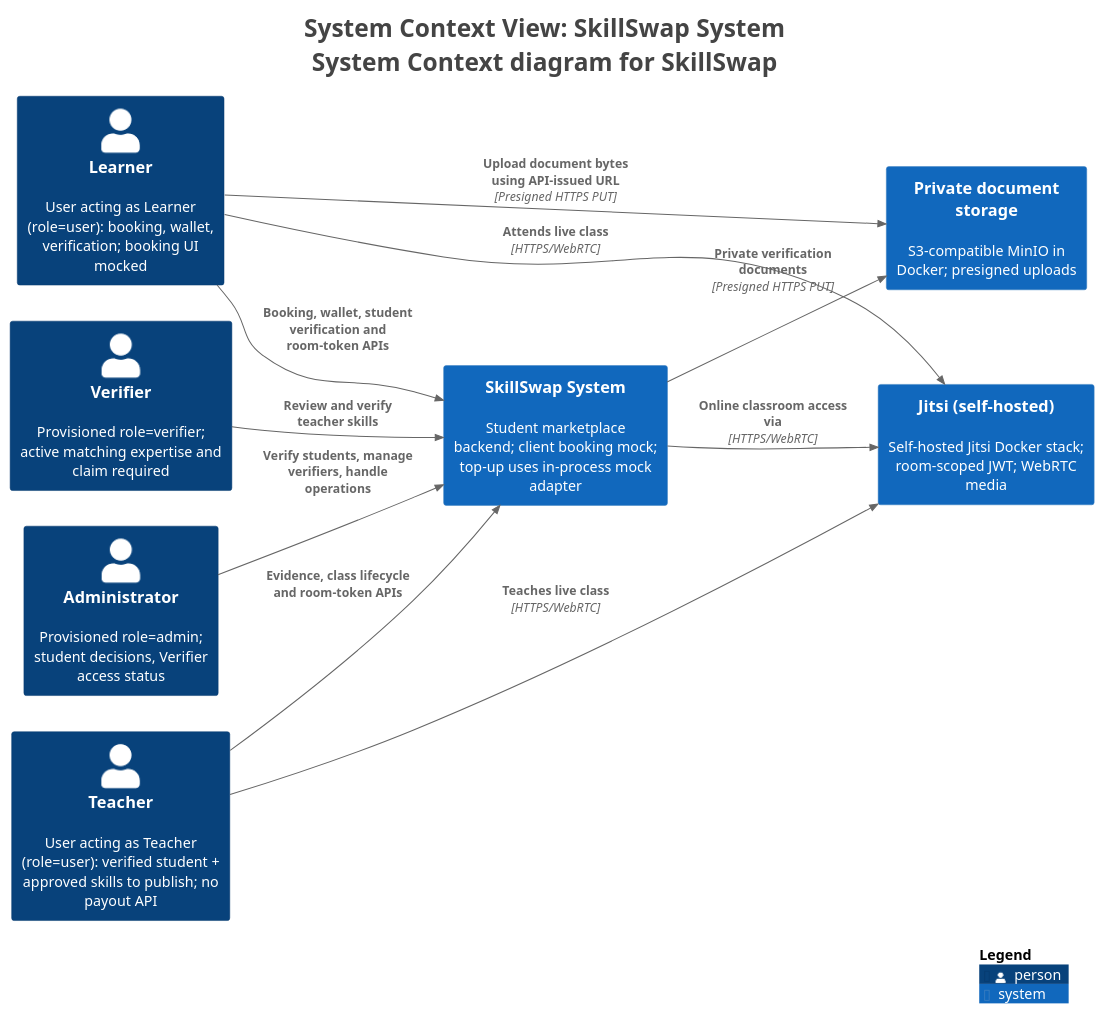
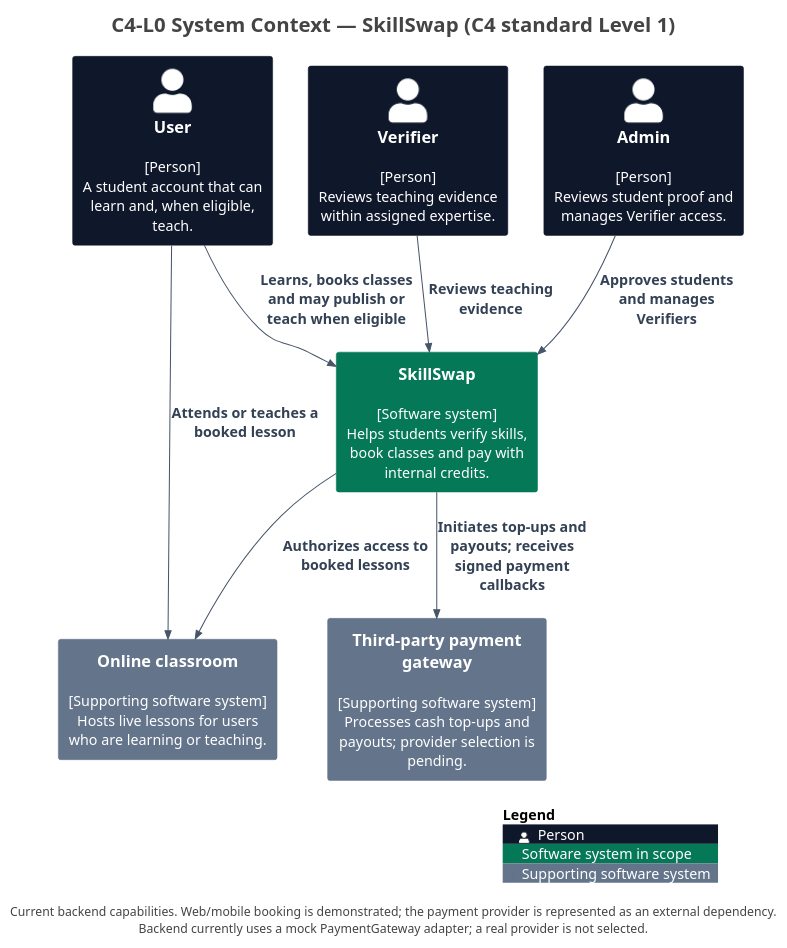
The diagram in docs/diagrams/c4/source/structurizr-SystemContext.puml (trankien022/SkillSwap), drawn with PlantUML before and after one commit. The commit also changed 62 other files, not shown here.

First line of the commit message:
docs(diagrams): refresh diagrams against current code (#77)

```diff
--- a/docs/diagrams/c4/source/structurizr-SystemContext.puml
+++ b/docs/diagrams/c4/source/structurizr-SystemContext.puml
@@ -1,37 +1,51 @@
 @startuml
-title <size:24>System Context View: SkillSwap System</size>\n<size:24>System Context diagram for SkillSwap</size>
+title C4-L0 System Context — SkillSwap (C4 standard Level 1)
 
 set separator none
-left to right direction
+top to bottom direction
 
 <style>
   root {
     BackgroundColor: #ffffff
     FontColor: #444444
   }
 </style>
 
 !include <C4/C4>
 !include <C4/C4_Context>
 
-Person(Learner, "Learner", $descr="User acting as Learner (role=user): booking, wallet, verification; booking UI mocked", $tags="", $link="")
-System(Privatedocumentstorage, "Private document storage", $descr="S3-compatible MinIO in Docker; presigned uploads", $tags="", $link="")
-System(Jitsiselfhosted, "Jitsi (self-hosted)", $descr="Self-hosted Jitsi Docker stack; room-scoped JWT; WebRTC media", $tags="", $link="")
-Person(Teacher, "Teacher", $descr="User acting as Teacher (role=user): verified student + approved skills to publish; no payout API", $tags="", $link="")
-Person(Verifier, "Verifier", $descr="Provisioned role=verifier; active matching expertise and claim required", $tags="", $link="")
-Person(Administrator, "Administrator", $descr="Provisioned role=admin; student decisions, Verifier access status", $tags="", $link="")
-System(SkillSwapSystem, "SkillSwap System", $descr="Student marketplace backend; client booking mock; top-up uses in-process mock adapter", $tags="", $link="")
+' Presentation only: model elements and relationships come from workspace.dsl.
+skinparam defaultFontName Arial
+skinparam defaultFontSize 14
+skinparam shadowing false
+skinparam nodesep 35
+skinparam ranksep 45
+skinparam footerFontSize 12
+skinparam titleFontSize 20
+UpdateElementStyle("person", $bgColor="#0F172A", $fontColor="#FFFFFF", $borderColor="#0F172A", $legendText="Person")
+UpdateElementStyle("system", $bgColor="#047857", $fontColor="#FFFFFF", $borderColor="#047857", $legendText="Software system in scope")
+UpdateElementStyle("external_system", $bgColor="#64748B", $fontColor="#FFFFFF", $borderColor="#64748B", $legendText="Supporting software system")
+UpdateElementStyle("container", $bgColor="#047857", $fontColor="#FFFFFF", $borderColor="#047857", $legendText="Application or data store")
+UpdateRelStyle($lineColor="#475569", $textColor="#334155")
+AddElementTag("Demo", $bgColor="#F1F5F9", $fontColor="#0F172A", $borderColor="#64748B", $legendText="Demonstration client (local booking data)")
 
-Rel(Learner, SkillSwapSystem, "Booking, wallet, student verification and room-token APIs", $techn="", $tags="", $link="")
-Rel(Teacher, SkillSwapSystem, "Evidence, class lifecycle and room-token APIs", $techn="", $tags="", $link="")
-Rel(Verifier, SkillSwapSystem, "Review and verify teacher skills", $techn="", $tags="", $link="")
-Rel(Administrator, SkillSwapSystem, "Verify students, manage verifiers, handle operations", $techn="", $tags="", $link="")
-Rel(Learner, Privatedocumentstorage, "Upload document bytes using API-issued URL", $techn="Presigned HTTPS PUT", $tags="", $link="")
-Rel(Teacher, Jitsiselfhosted, "Teaches live class", $techn="HTTPS/WebRTC", $tags="", $link="")
-Rel(Learner, Jitsiselfhosted, "Attends live class", $techn="HTTPS/WebRTC", $tags="", $link="")
-Rel(SkillSwapSystem, Jitsiselfhosted, "Online classroom access via", $techn="HTTPS/WebRTC", $tags="", $link="")
-Rel(SkillSwapSystem, Privatedocumentstorage, "Private verification documents", $techn="Presigned HTTPS PUT", $tags="", $link="")
+together {
+  Person(User, "User", $descr="[Person]\nA student account that can learn and, when eligible, teach.", $tags="", $link="")
+  Person(Verifier, "Verifier", $descr="[Person]\nReviews teaching evidence within assigned expertise.", $tags="", $link="")
+  Person(Admin, "Admin", $descr="[Person]\nReviews student proof and manages Verifier access.", $tags="", $link="")
+}
 
-SHOW_LEGEND(true)
-hide stereotypes
+System_Ext(Onlineclassroom, "Online classroom", $descr="[Supporting software system]\nHosts live lessons for users who are learning or teaching.", $tags="", $link="")
+System_Ext(Paymentgateway, "Third-party payment gateway", $descr="[Supporting software system]\nProcesses cash top-ups and payouts; provider selection is pending.", $tags="", $link="")
+System(SkillSwap, "SkillSwap", $descr="[Software system]\nHelps students verify skills, book classes and pay with internal credits.", $tags="", $link="")
+
+Rel(User, SkillSwap, "Learns, books classes and may publish or teach when eligible")
+Rel(Verifier, SkillSwap, "Reviews teaching evidence")
+Rel(Admin, SkillSwap, "Approves students and manages Verifiers")
+Rel(SkillSwap, Onlineclassroom, "Authorizes access to booked lessons")
+Rel(User, Onlineclassroom, "Attends or teaches a booked lesson")
+Rel(SkillSwap, Paymentgateway, "Initiates top-ups and payouts; receives signed payment callbacks")
+
+SHOW_LEGEND()
+footer Current backend capabilities. Web/mobile booking is demonstrated; the payment provider is represented as an external dependency.\nBackend currently uses a mock PaymentGateway adapter; a real provider is not selected.
 @enduml
```
